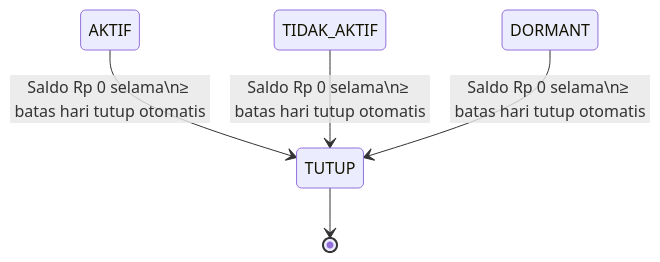
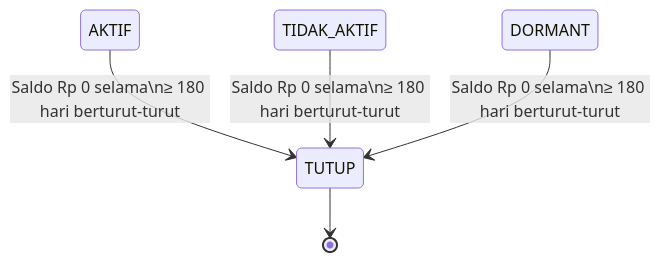
The third of 8 diagrams in docs/bcas/enhance_dormant/dormant_fsd.md (wisnu/ibank-docs), drawn with Mermaid before and after one commit. The commit also changed other lines of this file, not shown here.

Commit message:
update FSD dormant BCAS

````diff
--- a/docs/bcas/enhance_dormant/dormant_fsd.md
+++ b/docs/bcas/enhance_dormant/dormant_fsd.md
@@ -230,8 +318,8 @@
 ```mermaid
 stateDiagram-v2
-    AKTIF --> TUTUP : Saldo Rp 0 selama\n≥ batas hari tutup otomatis
-    TIDAK_AKTIF --> TUTUP : Saldo Rp 0 selama\n≥ batas hari tutup otomatis
-    DORMANT --> TUTUP : Saldo Rp 0 selama\n≥ batas hari tutup otomatis
+    AKTIF --> TUTUP : Saldo Rp 0 selama\n≥ 180 hari berturut-turut
+    TIDAK_AKTIF --> TUTUP : Saldo Rp 0 selama\n≥ 180 hari berturut-turut
+    DORMANT --> TUTUP : Saldo Rp 0 selama\n≥ 180 hari berturut-turut
 
     TUTUP --> [*]
 ```
````
